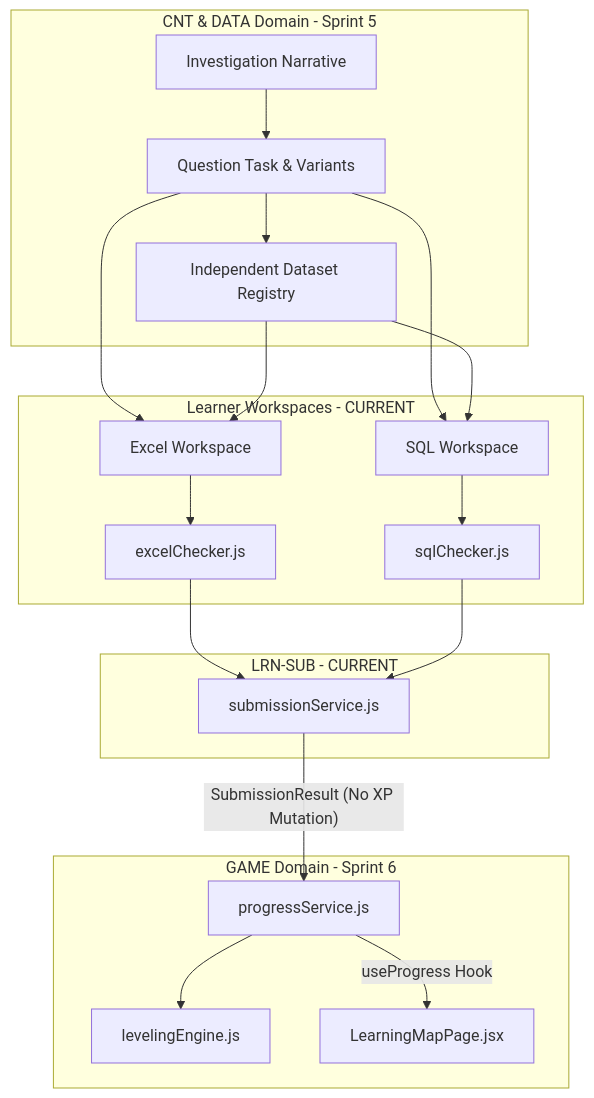
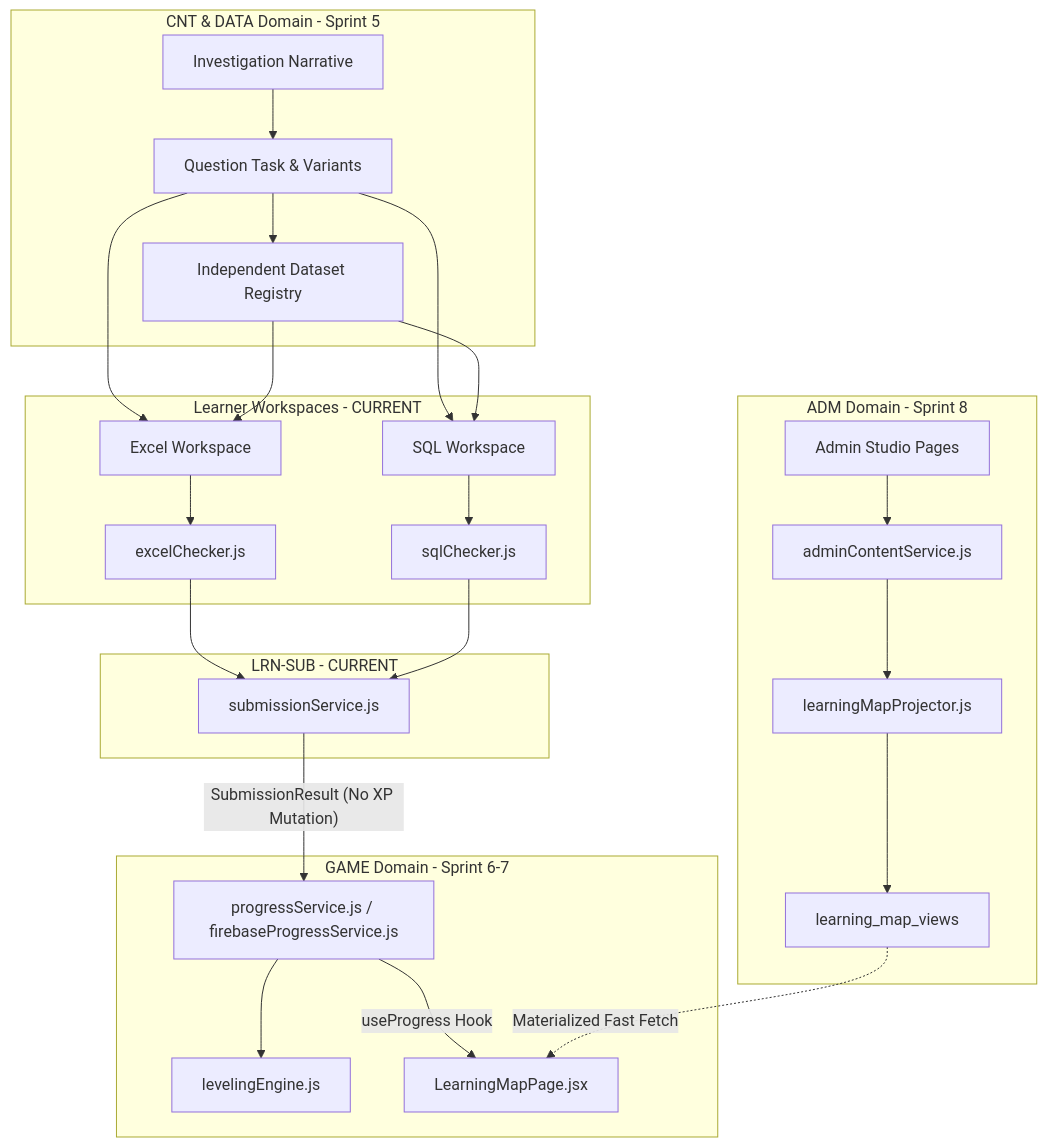
The diagram in docs/ARCHITECTURE.md (LODNight/Avi-Mystery), drawn with Mermaid before and after one commit. The commit also changed other lines of this file and 47 other files, not shown here.

Commit message:
feat: complete Sprint 8 & 8.5 Knowledge Hub, Admin CMS, and roadmap

````diff
--- a/docs/ARCHITECTURE.md
+++ b/docs/ARCHITECTURE.md
@@ -31,39 +31,49 @@
 ```mermaid
 flowchart TD
   subgraph Content Domain [CNT & DATA Domain - Sprint 5]
     Investigation[Investigation Narrative]
     Question[Question Task & Variants]
     Dataset[Independent Dataset Registry]
     Investigation --> Question
     Question --> Dataset
   end
 
   subgraph Workspace Domain [Learner Workspaces - CURRENT]
     ExcelWorkspace[Excel Workspace]
     SqlWorkspace[SQL Workspace]
     ExcelChecker[excelChecker.js]
     SqlChecker[sqlChecker.js]
   end
 
   subgraph Submission Gateway [LRN-SUB - CURRENT]
     SubmissionService[submissionService.js]
   end
 
-  subgraph Progress Domain [GAME Domain - Sprint 6]
-    ProgressService[progressService.js]
+  subgraph Progress Domain [GAME Domain - Sprint 6-7]
+    ProgressService[progressService.js / firebaseProgressService.js]
     LevelingEngine[levelingEngine.js]
     LearningMapUI[LearningMapPage.jsx]
+  end
+
+  subgraph Admin Studio [ADM Domain - Sprint 8]
+    AdminPages[Admin Studio Pages]
+    AdminContentService[adminContentService.js]
+    ReadModelProjector[learningMapProjector.js]
+    ReadModel[learning_map_views]
   end
 
   Question --> ExcelWorkspace
   Question --> SqlWorkspace
   Dataset --> ExcelWorkspace
   Dataset --> SqlWorkspace
 
   ExcelWorkspace --> ExcelChecker --> SubmissionService
   SqlWorkspace --> SqlChecker --> SubmissionService
 
   SubmissionService -- "SubmissionResult (No XP Mutation)" --> ProgressService
   ProgressService --> LevelingEngine
   ProgressService -- "useProgress Hook" --> LearningMapUI
+
+  AdminPages --> AdminContentService --> ReadModelProjector --> ReadModel
+  ReadModel -. "Materialized Fast Fetch" .-> LearningMapUI
 ```
````
